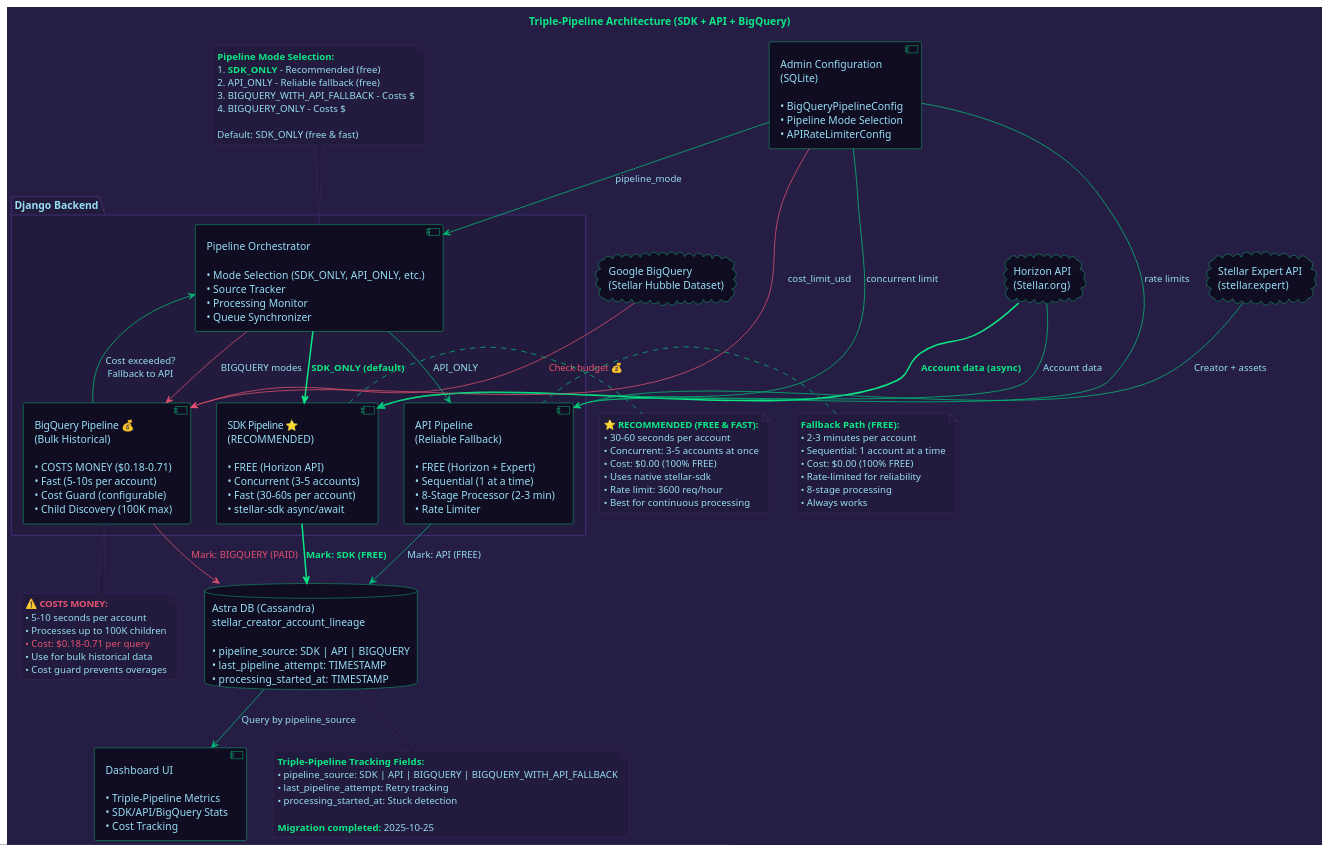
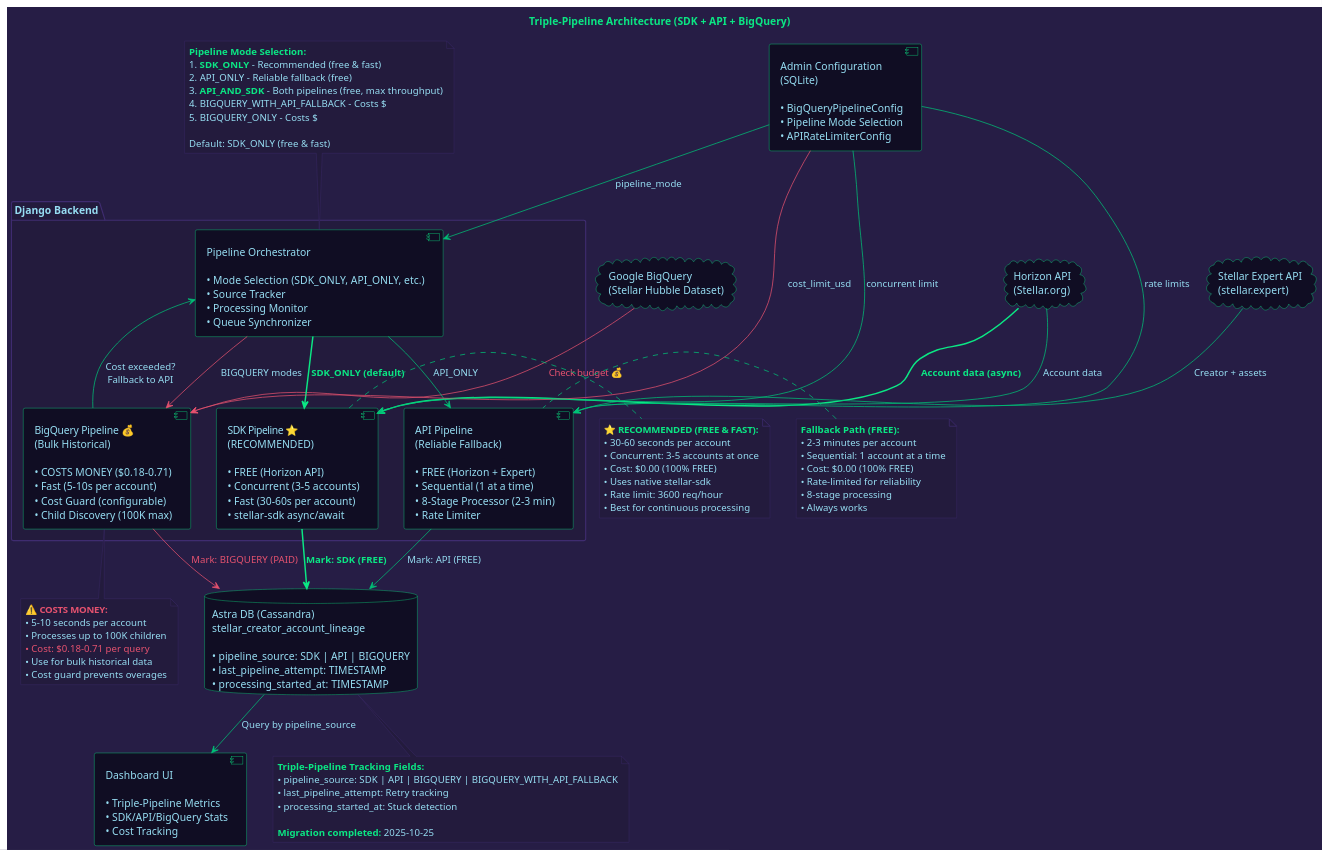
Before and after one commit to areveur51/StellarMapWeb: the diagram in diagrams/09_triple_pipeline_architecture.puml, drawn with PlantUML. The commit also changed 6 other files, not shown here.

First line of the commit message:
Update documentation and diagrams to reflect new pipeline configurations

```diff
--- a/diagrams/09_triple_pipeline_architecture.puml
+++ b/diagrams/09_triple_pipeline_architecture.puml
@@ -1,138 +1,139 @@
 @startuml 09_triple_pipeline_architecture
 
 skinparam backgroundColor #261D45
 skinparam defaultFontColor #96DDF2
 
 skinparam component {
   BackgroundColor #100D23
   BorderColor #0BE784
   FontColor #96DDF2
   ArrowColor #01C176
 }
 
 skinparam cloud {
   BackgroundColor #100D23
   BorderColor #0BE784
   FontColor #96DDF2
 }
 
 skinparam database {
   BackgroundColor #100D23
   BorderColor #0BE784
   FontColor #96DDF2
 }
 
 skinparam package {
   BackgroundColor #231B3D
   BorderColor #3f2c70
   FontColor #96DDF2
 }
 
 skinparam note {
   BackgroundColor #231B3D
   BorderColor #3f2c70
   FontColor #96DDF2
 }
 
 title <color:#0BE784>Triple-Pipeline Architecture (SDK + API + BigQuery)
 
 ' External Services
 cloud "Google BigQuery\n(Stellar Hubble Dataset)" as BigQuery
 cloud "Horizon API\n(Stellar.org)" as Horizon
 cloud "Stellar Expert API\n(stellar.expert)" as Expert
 
 ' Django Backend Components
 package "Django Backend" #231B3D {
   component "SDK Pipeline ⭐\n(RECOMMENDED)\n\n• FREE (Horizon API)\n• Concurrent (3-5 accounts)\n• Fast (30-60s per account)\n• stellar-sdk async/await" as SDKPipeline
   component "API Pipeline\n(Reliable Fallback)\n\n• FREE (Horizon + Expert)\n• Sequential (1 at a time)\n• 8-Stage Processor (2-3 min)\n• Rate Limiter" as APIPipeline
   component "BigQuery Pipeline 💰\n(Bulk Historical)\n\n• COSTS MONEY ($0.18-0.71)\n• Fast (5-10s per account)\n• Cost Guard (configurable)\n• Child Discovery (100K max)" as BQPipeline
   component "Pipeline Orchestrator\n\n• Mode Selection (SDK_ONLY, API_ONLY, etc.)\n• Source Tracker\n• Processing Monitor\n• Queue Synchronizer" as Orchestrator
 }
 
 ' Database
 database "Astra DB (Cassandra)\nstellar_creator_account_lineage\n\n• pipeline_source: SDK | API | BIGQUERY\n• last_pipeline_attempt: TIMESTAMP\n• processing_started_at: TIMESTAMP" as Cassandra
 
 ' Configuration
 component "Admin Configuration\n(SQLite)\n\n• BigQueryPipelineConfig\n• Pipeline Mode Selection\n• APIRateLimiterConfig" as Admin
 
 ' Dashboard
 component "Dashboard UI\n\n• Triple-Pipeline Metrics\n• SDK/API/BigQuery Stats\n• Cost Tracking" as Dashboard
 
 ' SDK Pipeline flow (recommended path)
 Horizon -[#0BE784,bold]-> SDKPipeline : <color:#0BE784><b>Account data (async)</b>
 SDKPipeline -[#0BE784,bold]-> Cassandra : <color:#0BE784><b>Mark: SDK (FREE)</b>
 
 ' API Pipeline flow (fallback path)
 Horizon -[#01C176]-> APIPipeline : Account data
 Expert -[#01C176]-> APIPipeline : Creator + assets
 APIPipeline -[#01C176]-> Cassandra : <color:#96DDF2>Mark: API (FREE)
 
 ' BigQuery Pipeline flow (optional paid path)
 BigQuery -[#E5526F]-> BQPipeline : <color:#E5526F>Check budget 💰
 BQPipeline -[#E5526F]-> Cassandra : <color:#E5526F>Mark: BIGQUERY (PAID)
 BQPipeline -[#01C176]-> Orchestrator : <color:#96DDF2>Cost exceeded?\n<color:#96DDF2>Fallback to API
 
 ' Orchestrator routing
 Orchestrator -[#0BE784,bold]-> SDKPipeline : <color:#0BE784><b>SDK_ONLY (default)</b>
 Orchestrator -[#01C176]-> APIPipeline : API_ONLY
 Orchestrator -[#E5526F]-> BQPipeline : BIGQUERY modes
 
 ' Configuration flows
 Admin -[#01C176]-> Orchestrator : pipeline_mode
 Admin -[#E5526F]-> BQPipeline : cost_limit_usd
 Admin -[#01C176]-> APIPipeline : rate limits
 Admin -[#01C176]-> SDKPipeline : concurrent limit
 
 ' Dashboard display
 Cassandra -[#01C176]-> Dashboard : Query by pipeline_source
 
 ' Performance annotations
 note right of SDKPipeline #231B3D
   <color:#0BE784><b>⭐ RECOMMENDED (FREE & FAST):</b></color>
   <color:#96DDF2>• 30-60 seconds per account
   <color:#96DDF2>• Concurrent: 3-5 accounts at once
   <color:#96DDF2>• Cost: $0.00 (100% FREE)
   <color:#96DDF2>• Uses native stellar-sdk
   <color:#96DDF2>• Rate limit: 3600 req/hour
   <color:#96DDF2>• Best for continuous processing
 end note
 
 note left of APIPipeline #231B3D
   <color:#0BE784><b>Fallback Path (FREE):</b></color>
   <color:#96DDF2>• 2-3 minutes per account
   <color:#96DDF2>• Sequential: 1 account at a time
   <color:#96DDF2>• Cost: $0.00 (100% FREE)
   <color:#96DDF2>• Rate-limited for reliability
   <color:#96DDF2>• 8-stage processing
   <color:#96DDF2>• Always works
 end note
 
 note bottom of BQPipeline #231B3D
   <color:#E5526F><b>⚠️ COSTS MONEY:</b></color>
   <color:#96DDF2>• 5-10 seconds per account
   <color:#96DDF2>• Processes up to 100K children
   <color:#E5526F>• Cost: $0.18-0.71 per query
   <color:#96DDF2>• Use for bulk historical data
   <color:#96DDF2>• Cost guard prevents overages
 end note
 
 note bottom of Cassandra #231B3D
   <color:#0BE784><b>Triple-Pipeline Tracking Fields:</b></color>
   <color:#96DDF2>• pipeline_source: SDK | API | BIGQUERY | BIGQUERY_WITH_API_FALLBACK
   <color:#96DDF2>• last_pipeline_attempt: Retry tracking
   <color:#96DDF2>• processing_started_at: Stuck detection
   
   <color:#0BE784><b>Migration completed:</b></color> <color:#96DDF2>2025-10-25</color>
 end note
 
 note top of Orchestrator #231B3D
   <color:#0BE784><b>Pipeline Mode Selection:</b></color>
-  <color:#96DDF2>1. <color:#0BE784><b>SDK_ONLY</b></color> - Recommended (free)
+  <color:#96DDF2>1. <color:#0BE784><b>SDK_ONLY</b></color> - Recommended (free & fast)
   <color:#96DDF2>2. API_ONLY - Reliable fallback (free)
-  <color:#96DDF2>3. BIGQUERY_WITH_API_FALLBACK - Costs $
-  <color:#96DDF2>4. BIGQUERY_ONLY - Costs $
+  <color:#96DDF2>3. <color:#0BE784><b>API_AND_SDK</b></color> - Both pipelines (free, max throughput)
+  <color:#96DDF2>4. BIGQUERY_WITH_API_FALLBACK - Costs $
+  <color:#96DDF2>5. BIGQUERY_ONLY - Costs $
   <color:#96DDF2>
   <color:#96DDF2>Default: SDK_ONLY (free & fast)
 end note
 
 @enduml
```
